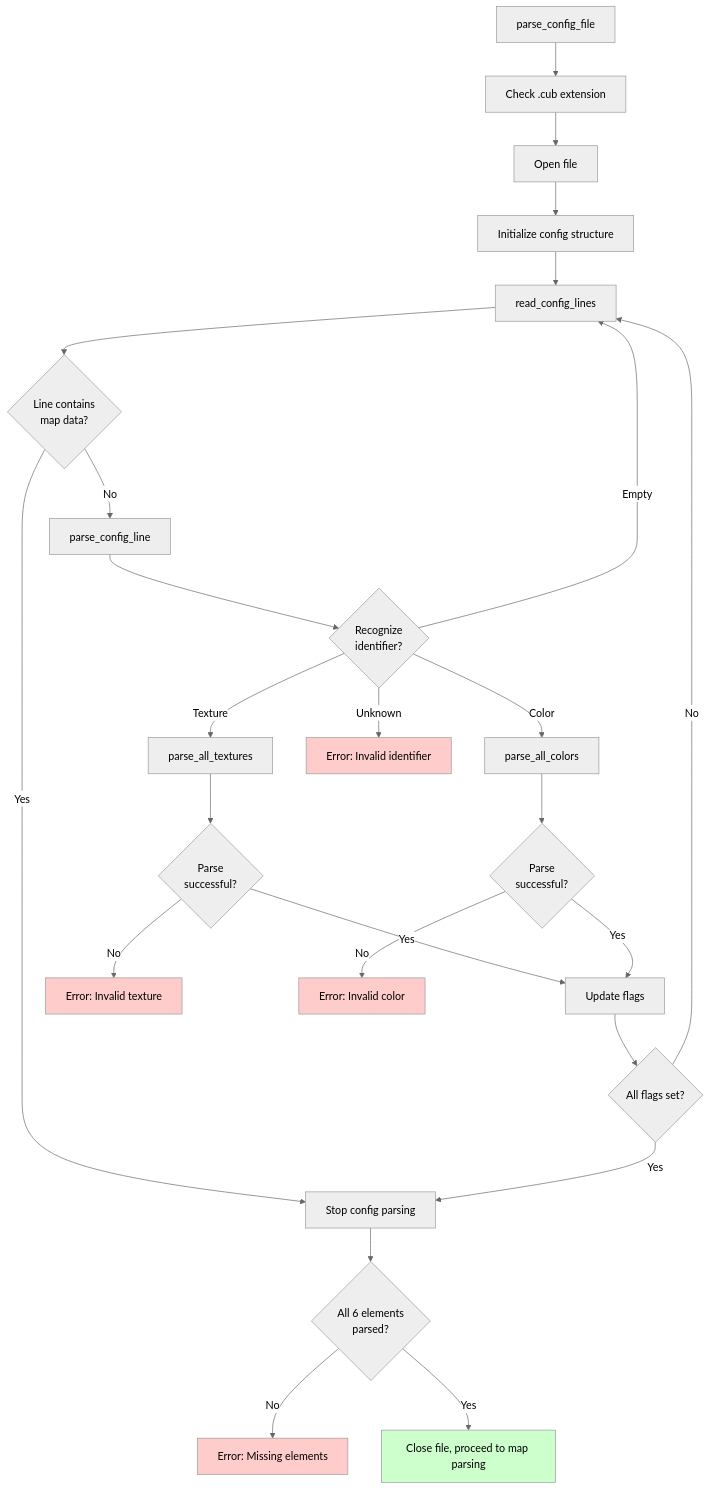
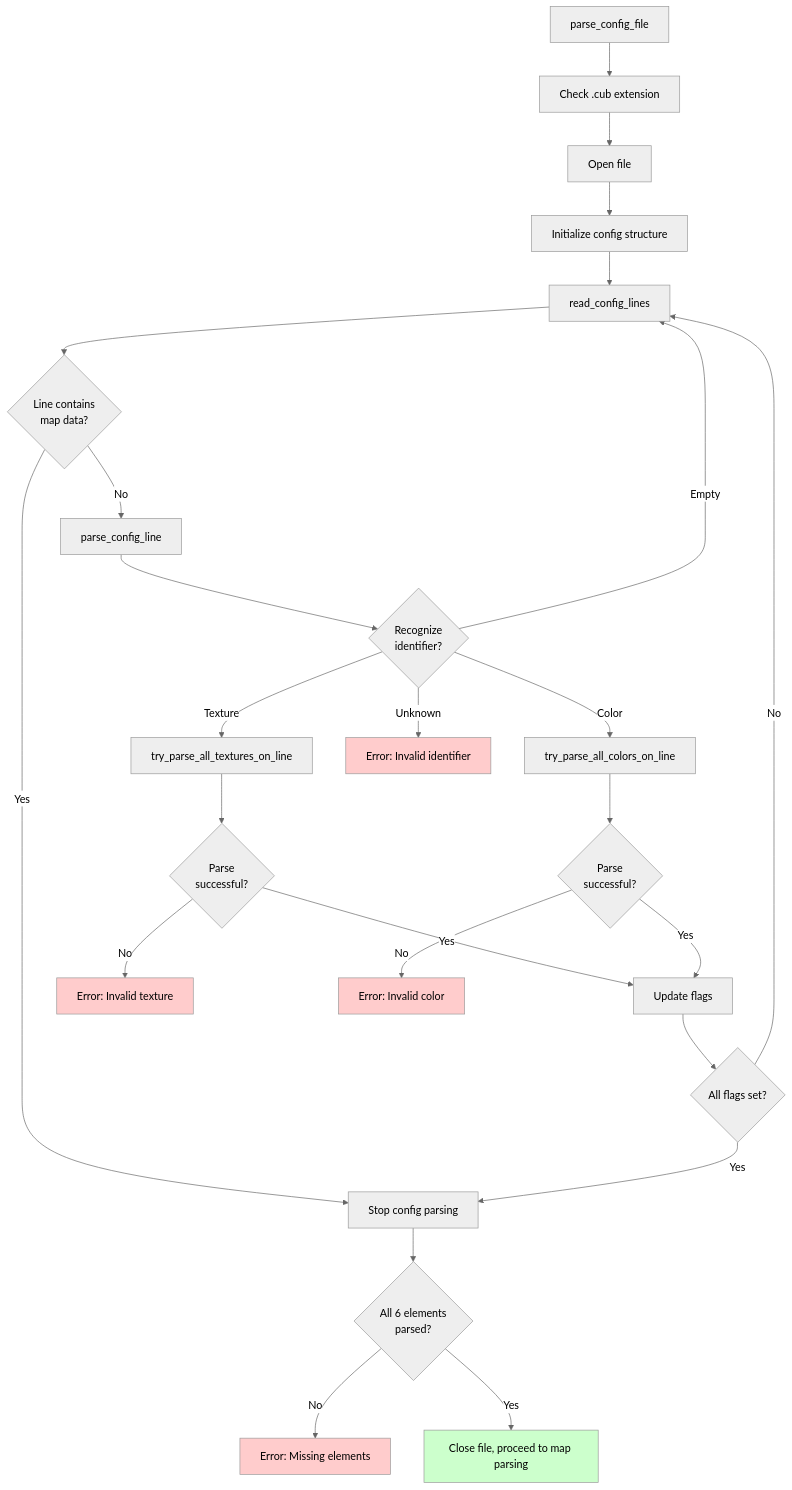
One commit to AhmedHodiani/cub3d changed the first of 13 diagrams in docs/03_configuration_parsing.md. Above: the diagram before and after it, drawn with Mermaid (neutral theme). The commit also changed other lines of this file and 3 other files, not shown here.

````diff
--- a/docs/03_configuration_parsing.md
+++ b/docs/03_configuration_parsing.md
@@ -37,33 +37,33 @@
 ```mermaid
 graph TB
     A[parse_config_file] --> B[Check .cub extension]
     B --> C[Open file]
     C --> D[Initialize config structure]
     D --> E[read_config_lines]
     E --> F{Line contains<br/>map data?}
     F --> |Yes| G[Stop config parsing]
     F --> |No| H[parse_config_line]
     H --> I{Recognize<br/>identifier?}
-    I --> |Texture| J[parse_all_textures]
-    I --> |Color| K[parse_all_colors]
+    I --> |Texture| J[try_parse_all_textures_on_line]
+    I --> |Color| K[try_parse_all_colors_on_line]
     I --> |Empty| E
     I --> |Unknown| ERROR1[Error: Invalid identifier]
     J --> L{Parse<br/>successful?}
     K --> M{Parse<br/>successful?}
     L --> |Yes| N[Update flags]
     M --> |Yes| N
     L --> |No| ERROR2[Error: Invalid texture]
     M --> |No| ERROR3[Error: Invalid color]
     N --> O{All flags set?}
     O --> |No| E
     O --> |Yes| G
     G --> P{All 6 elements<br/>parsed?}
     P --> |No| ERROR4[Error: Missing elements]
     P --> |Yes| Q[Close file, proceed to map parsing]
     
     style ERROR1 fill:#ffcccc
     style ERROR2 fill:#ffcccc
     style ERROR3 fill:#ffcccc
     style ERROR4 fill:#ffcccc
     style Q fill:#ccffcc
 ```
````
